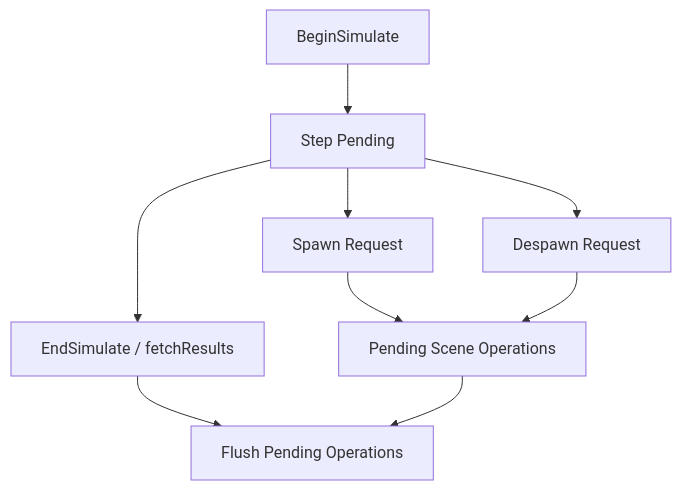
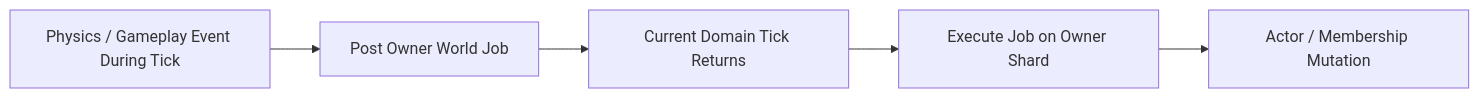
The fourth of 5 diagrams in content/Projects/Jam/Physics/03. PhysX Integration and Scheduling.md (akxotjr/akxotjr.github.io), drawn with Mermaid before and after one commit. The commit also changed other lines of this file and 34 other files, not shown here.

````diff
--- a/content/Projects/Jam/Physics/03. PhysX Integration and Scheduling.md
+++ b/content/Projects/Jam/Physics/03. PhysX Integration and Scheduling.md
@@ -135,16 +114,7 @@
 ```mermaid
-flowchart TD
-    Begin["BeginSimulate"]
-    Pending["Step Pending"]
-    Spawn["Spawn Request"]
-    Despawn["Despawn Request"]
-    Deferred["Pending Scene Operations"]
-    End["EndSimulate / fetchResults"]
-    Flush["Flush Pending Operations"]
-
-    Begin --> Pending
-    Pending --> Spawn --> Deferred
-    Pending --> Despawn --> Deferred
-    Pending --> End --> Flush
-    Deferred --> Flush
+flowchart LR
+    Event["Physics / Gameplay Event During Tick"] --> Post["Post Owner World Job"]
+    Post --> End["Current Domain Tick Returns"]
+    End --> Job["Execute Job on Owner Shard"]
+    Job --> Mutation["Actor / Membership Mutation"]
 ```
````
